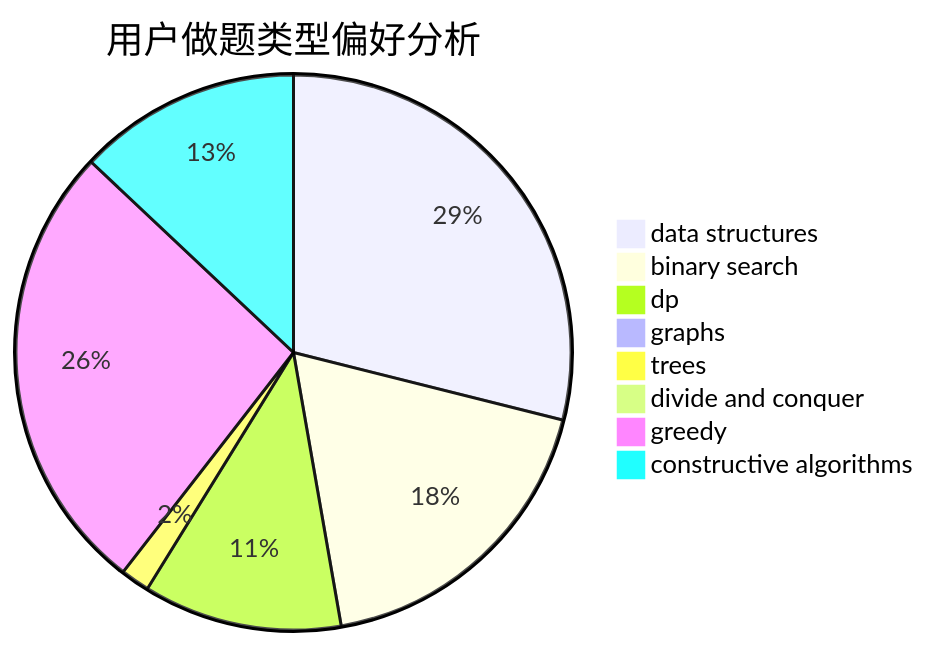
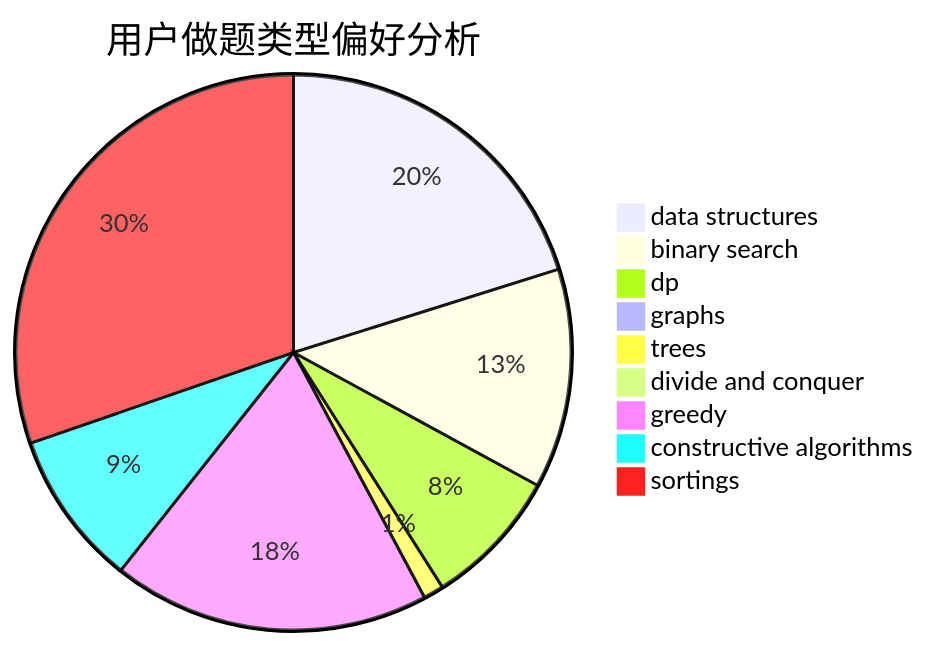
One commit to sherpahu/cfrs.github.io changed the second of 3 diagrams in docs/user/u2138.md. Above: the diagram before and after it, drawn with Mermaid. The commit also changed other lines of this file and 2769 other files, not shown here.

````diff
--- a/docs/user/u2138.md
+++ b/docs/user/u2138.md
@@ -23,11 +18,12 @@
 ```mermaid
 pie title 用户做题类型偏好分析
     "data structures" :  205
     "binary search" :  130
     "dp" :  82
     "graphs" :  6
     "trees" :  12
     "divide and conquer" :  0
     "greedy" :  188
     "constructive algorithms" :  92
+    "sortings" :  308
 ```
````
